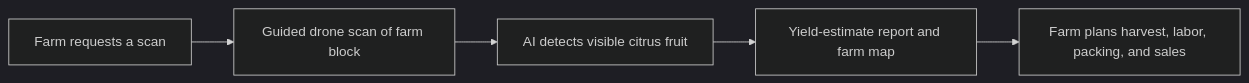
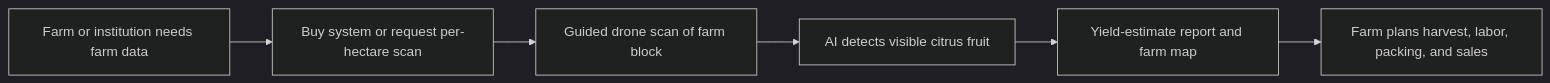
One commit to Danncode10/autonomous-citrus-drone changed the first of 2 diagrams in Sabatan/Business model.md. Above: the diagram before and after it, drawn with Mermaid (dark theme). The commit also changed other lines of this file and 19 other files, not shown here.

````diff
--- a/Sabatan/Business model.md
+++ b/Sabatan/Business model.md
@@ -43,7 +45,8 @@
 ```mermaid
 flowchart LR
-    Farm["Farm requests a scan"] --> Scan["Guided drone scan of farm block"]
+    Farm["Farm or institution needs farm data"] --> Access["Buy system or request per-hectare scan"]
+    Access --> Scan["Guided drone scan of farm block"]
     Scan --> AI["AI detects visible citrus fruit"]
     AI --> Report["Yield-estimate report and farm map"]
     Report --> Decision["Farm plans harvest, labor, packing, and sales"]
 ```
````
